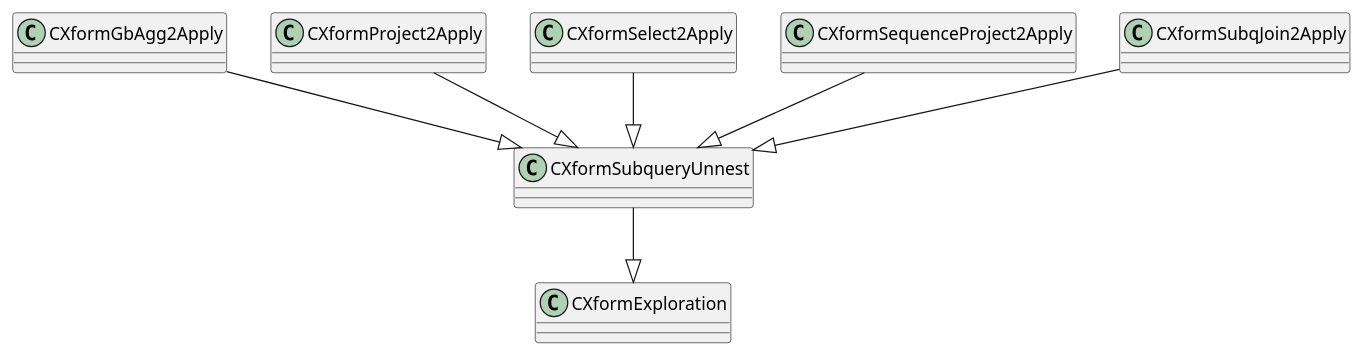
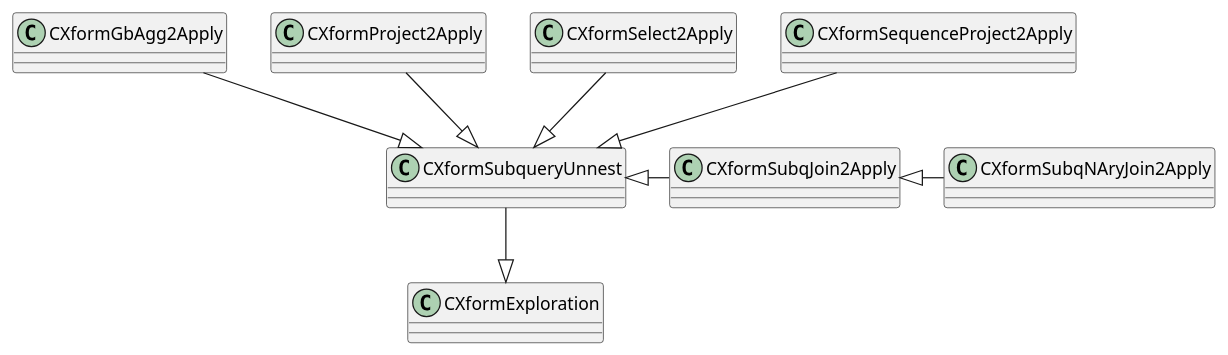
One commit to DepInjoy/geektime changed the first of 3 diagrams in doc/DB/ORCA/SourceRead/Subquery.md. Above: the diagram before and after it, drawn with PlantUML. The commit also changed other lines of this file and 8 other files, not shown here.

````diff
--- a/doc/DB/ORCA/SourceRead/Subquery.md
+++ b/doc/DB/ORCA/SourceRead/Subquery.md
@@ -13,11 +68,13 @@
 ```plantuml
 @startuml
 CXformGbAgg2Apply -down-|> CXformSubqueryUnnest
 CXformProject2Apply -down-|> CXformSubqueryUnnest
 CXformSelect2Apply -down-|> CXformSubqueryUnnest
 CXformSequenceProject2Apply -down-|> CXformSubqueryUnnest
 
-CXformSubqJoin2Apply -down-|> CXformSubqueryUnnest 
+CXformSubqJoin2Apply -left-|> CXformSubqueryUnnest
+CXformSubqNAryJoin2Apply -left-|> CXformSubqJoin2Apply
+
 CXformSubqueryUnnest -down-|> CXformExploration 
 @enduml
 ```
````
